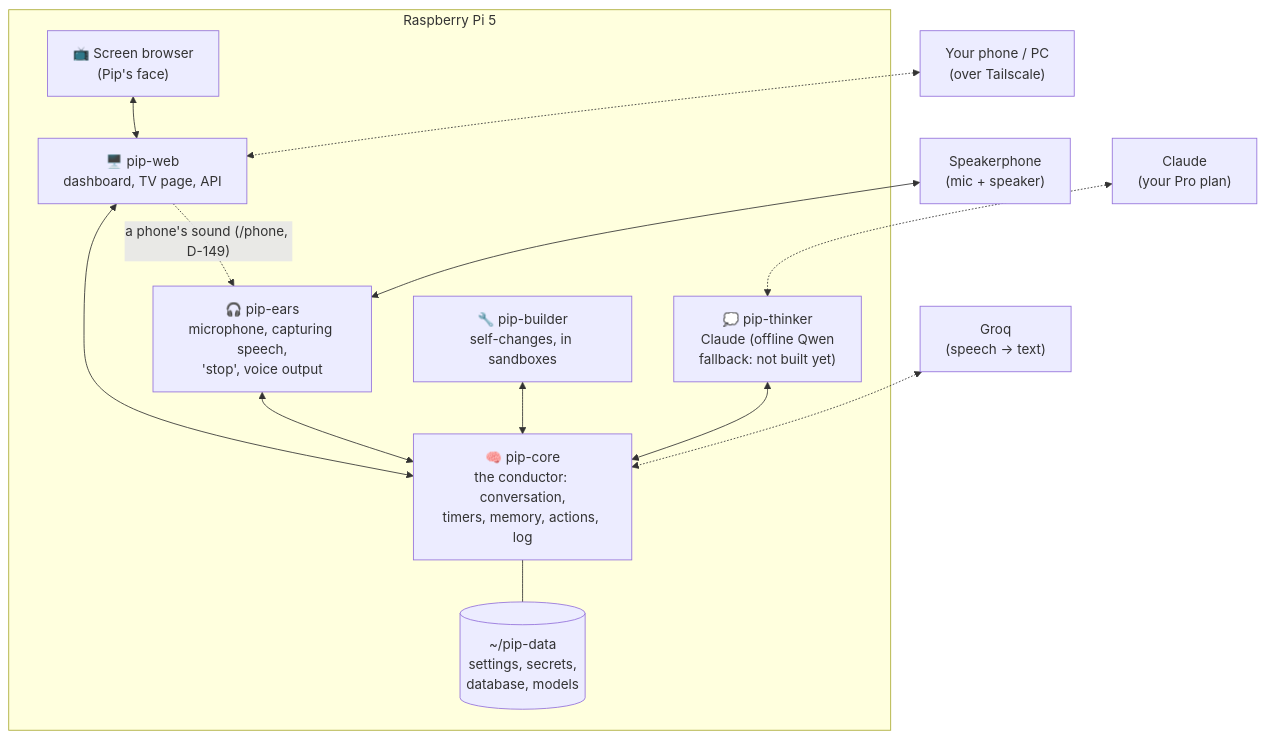
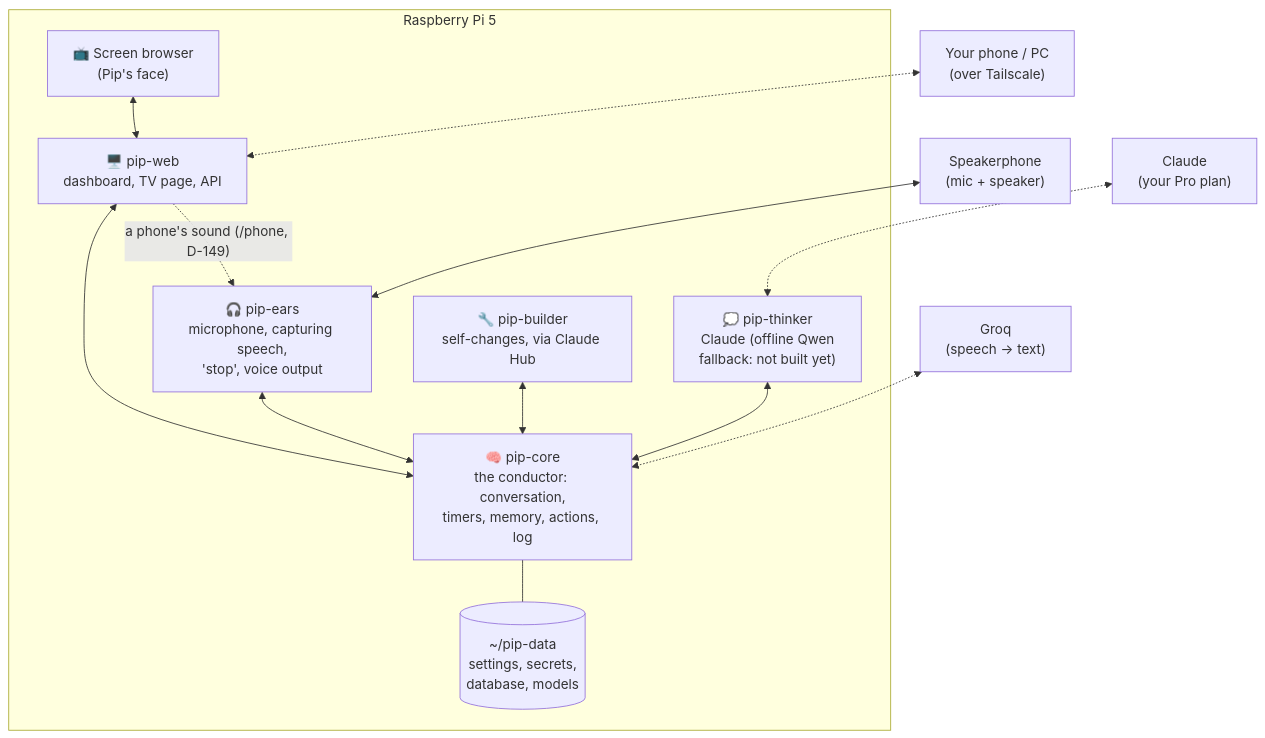
Before and after one commit to LandenHeine17/pip: the first of 5 diagrams in docs/ARCHITECTURE.md, drawn with Mermaid. The commit also changed other lines of this file and 45 other files, not shown here.

First line of the commit message:
Self-changes in Claude Hub: Pip offers to write a change up, the Hub chat does the rest (D-152)

````diff
--- a/docs/ARCHITECTURE.md
+++ b/docs/ARCHITECTURE.md
@@ -24,23 +24,23 @@
 ```mermaid
 flowchart TB
     subgraph Pi["Raspberry Pi 5"]
         EARS["🎧 pip-ears<br/>microphone, capturing speech,<br/>'stop', voice output"]
         CORE["🧠 pip-core<br/>the conductor: conversation,<br/>timers, memory, actions, log"]
         THINK["💭 pip-thinker<br/>Claude (offline Qwen<br/>fallback: not built yet)"]
         WEB["🖥️ pip-web<br/>dashboard, TV page, API"]
-        BUILD["🔧 pip-builder<br/>self-changes, in sandboxes"]
+        BUILD["🔧 pip-builder<br/>self-changes, via Claude Hub"]
         KIOSK["📺 Screen browser<br/>(Pip's face)"]
         DATA[("~/pip-data<br/>settings, secrets,<br/>database, models")]
     end
     MIC["Speakerphone<br/>(mic + speaker)"] <--> EARS
     EARS <--> CORE
     THINK <--> CORE
     WEB <--> CORE
     BUILD <--> CORE
     KIOSK <--> WEB
     CORE --- DATA
     GROQ["Groq<br/>(speech → text)"] <-.-> CORE
     CLAUDE["Claude<br/>(your Pro plan)"] <-.-> THINK
     PHONE["Your phone / PC<br/>(over Tailscale)"] <-.-> WEB
     WEB -. "a phone's sound (/phone, D-149)" .-> EARS
 ```
````
